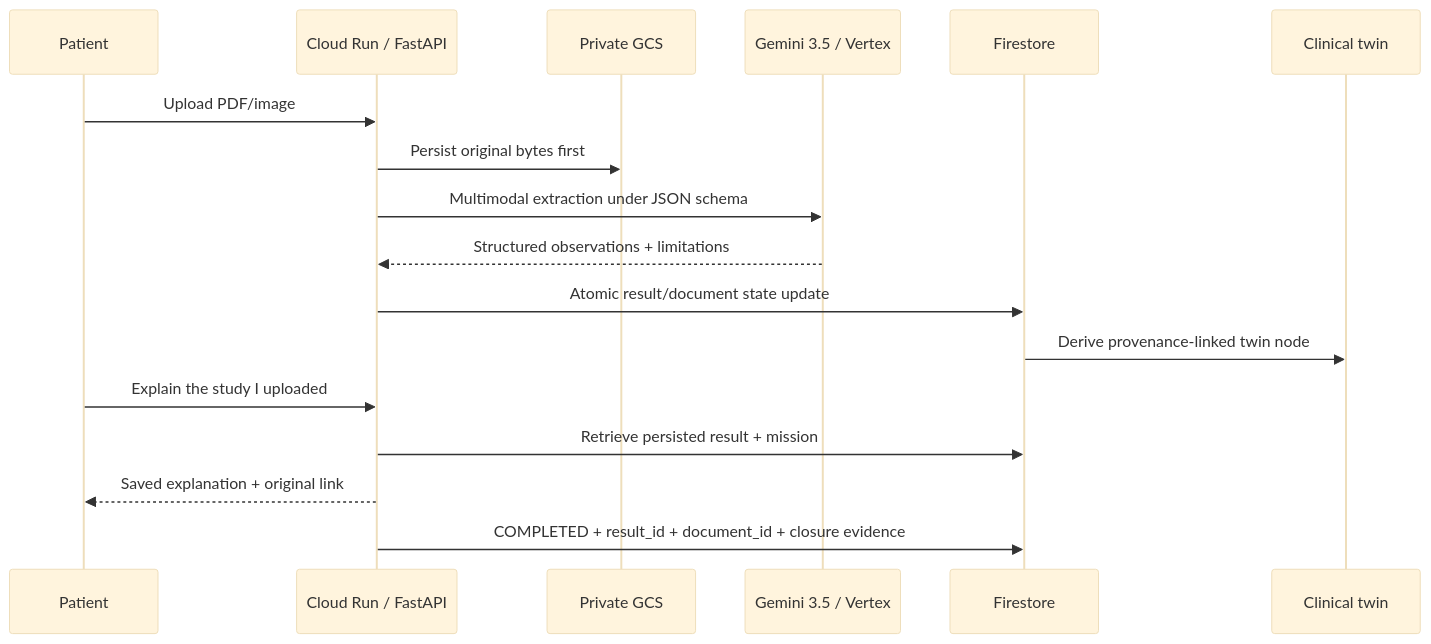
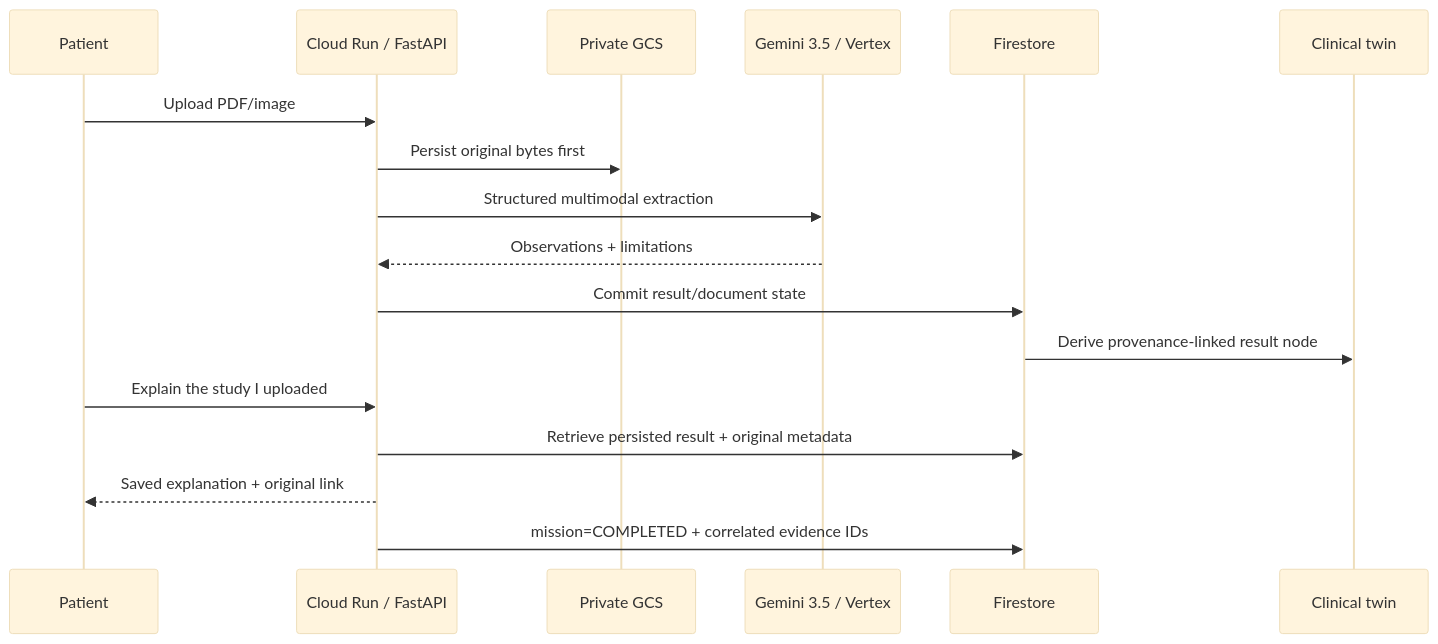
Before and after one commit to arisnachy/healthia-one: the second of 2 diagrams in docs/ARCHITECTURE.md, drawn with Mermaid (base theme). The commit also changed other lines of this file, not shown here.

Commit message:
docs: rewrite architecture around proven runtime and separate evidence gates

````diff
--- a/docs/ARCHITECTURE.md
+++ b/docs/ARCHITECTURE.md
@@ -53,20 +69,20 @@
 ```mermaid
 sequenceDiagram
     participant P as Patient
     participant API as Cloud Run / FastAPI
     participant GCS as Private GCS
     participant V as Gemini 3.5 / Vertex
     participant FS as Firestore
     participant T as Clinical twin
 
     P->>API: Upload PDF/image
     API->>GCS: Persist original bytes first
-    API->>V: Multimodal extraction under JSON schema
-    V-->>API: Structured observations + limitations
-    API->>FS: Atomic result/document state update
-    FS->>T: Derive provenance-linked twin node
+    API->>V: Structured multimodal extraction
+    V-->>API: Observations + limitations
+    API->>FS: Commit result/document state
+    FS->>T: Derive provenance-linked result node
     P->>API: Explain the study I uploaded
-    API->>FS: Retrieve persisted result + mission
+    API->>FS: Retrieve persisted result + original metadata
     API-->>P: Saved explanation + original link
-    API->>FS: COMPLETED + result_id + document_id + closure evidence
+    API->>FS: mission=COMPLETED + correlated evidence IDs
 ```
````
